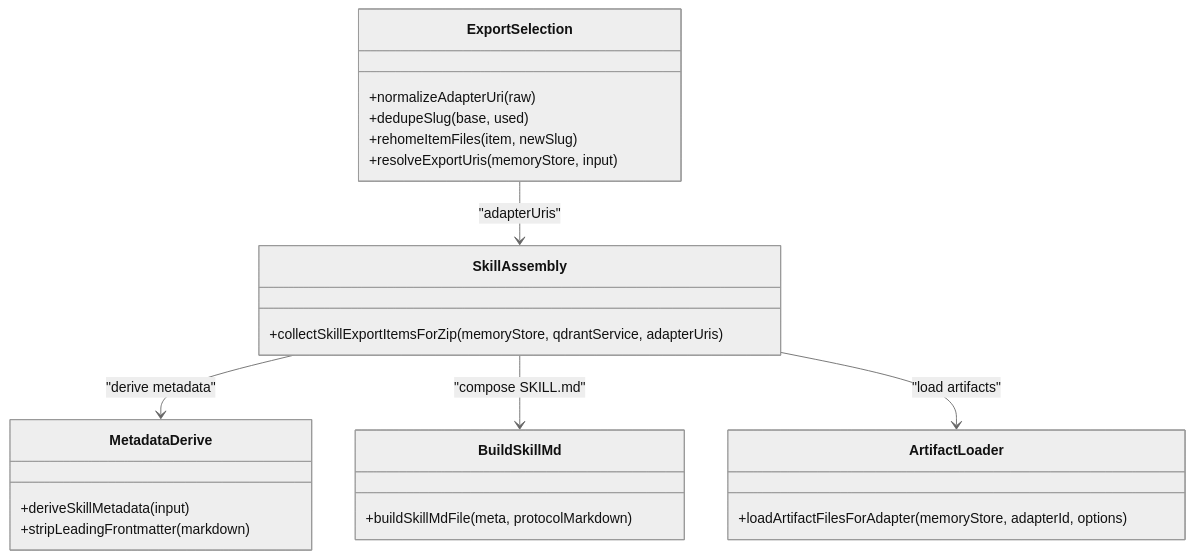
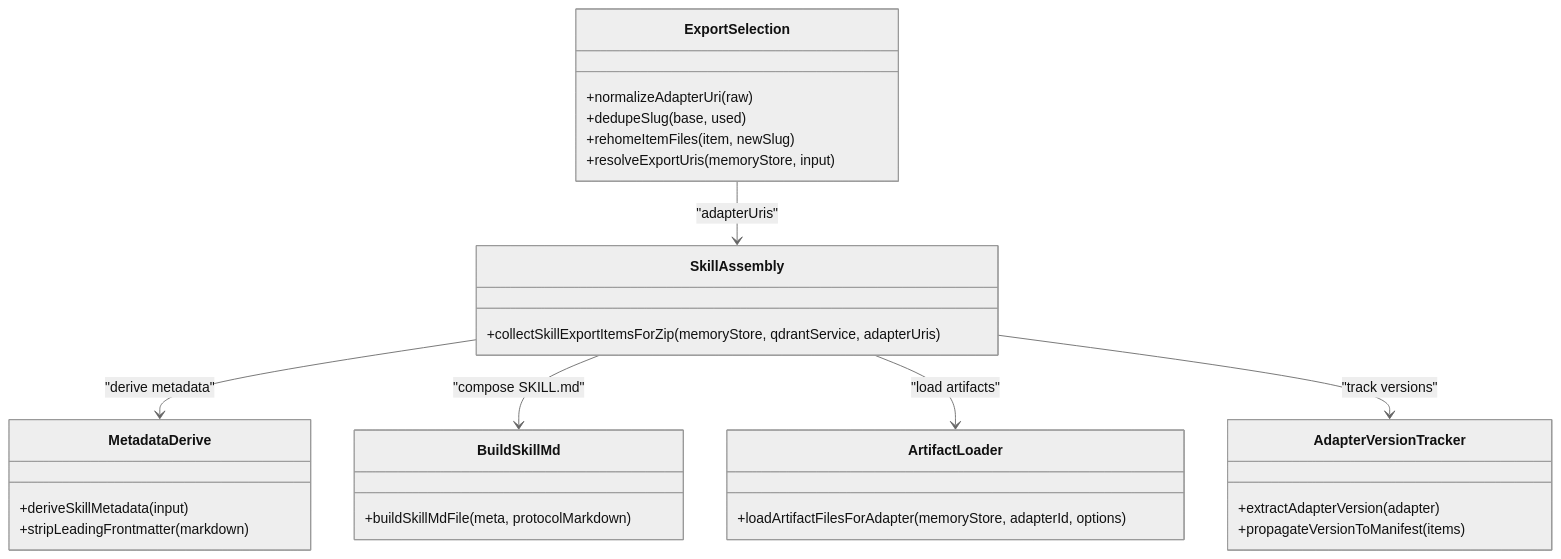
One commit to debian777/kairos-mcp changed the seventh of 10 diagrams in .qoder/repowiki/en/content/MCP Protocol Tools/Export Tool.md. Above: the diagram before and after it, drawn with Mermaid (neutral theme). The commit also changed other lines of this file and 16 other files, not shown here.

````diff
--- a/.qoder/repowiki/en/content/MCP Protocol Tools/Export Tool.md
+++ b/.qoder/repowiki/en/content/MCP Protocol Tools/Export Tool.md
@@ -329,26 +358,31 @@
 ```mermaid
 classDiagram
 class ExportSelection {
 +normalizeAdapterUri(raw)
 +dedupeSlug(base, used)
 +rehomeItemFiles(item, newSlug)
 +resolveExportUris(memoryStore, input)
 }
 class SkillAssembly {
 +collectSkillExportItemsForZip(memoryStore, qdrantService, adapterUris)
 }
 class ArtifactLoader {
 +loadArtifactFilesForAdapter(memoryStore, adapterId, options)
 }
 class MetadataDerive {
 +deriveSkillMetadata(input)
 +stripLeadingFrontmatter(markdown)
 }
 class BuildSkillMd {
 +buildSkillMdFile(meta, protocolMarkdown)
 }
+class AdapterVersionTracker {
++extractAdapterVersion(adapter)
++propagateVersionToManifest(items)
+}
 ExportSelection --> SkillAssembly : "adapterUris"
 SkillAssembly --> MetadataDerive : "derive metadata"
 SkillAssembly --> BuildSkillMd : "compose SKILL.md"
 SkillAssembly --> ArtifactLoader : "load artifacts"
+SkillAssembly --> AdapterVersionTracker : "track versions"
 ```
````
